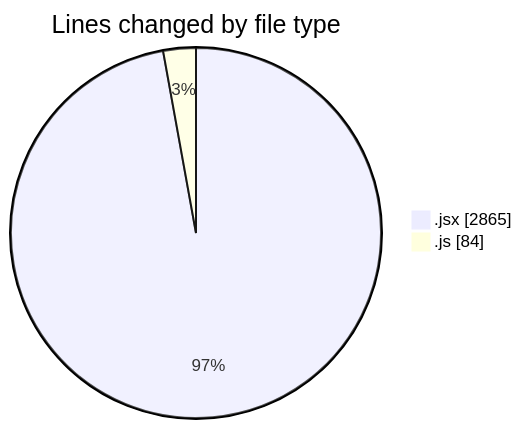
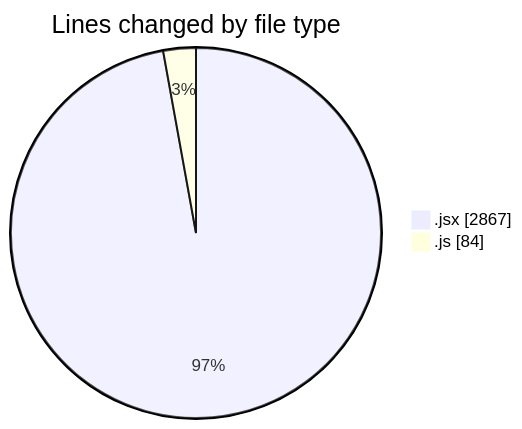
One commit to nxtqubesakshisongat/code-tracking changed the first of 2 diagrams in 2025-06-21/nxtqube_webapp/README.md. Above: the diagram before and after it, drawn with Mermaid. The commit also changed other lines of this file and 1 other file, not shown here.

````diff
--- a/2025-06-21/nxtqube_webapp/README.md
+++ b/2025-06-21/nxtqube_webapp/README.md
@@ -23,6 +23,6 @@
 ```mermaid
 pie showData
 title Lines changed by file type
-".jsx" : 2865
+".jsx" : 2867
 ".js" : 84
 ```
````
